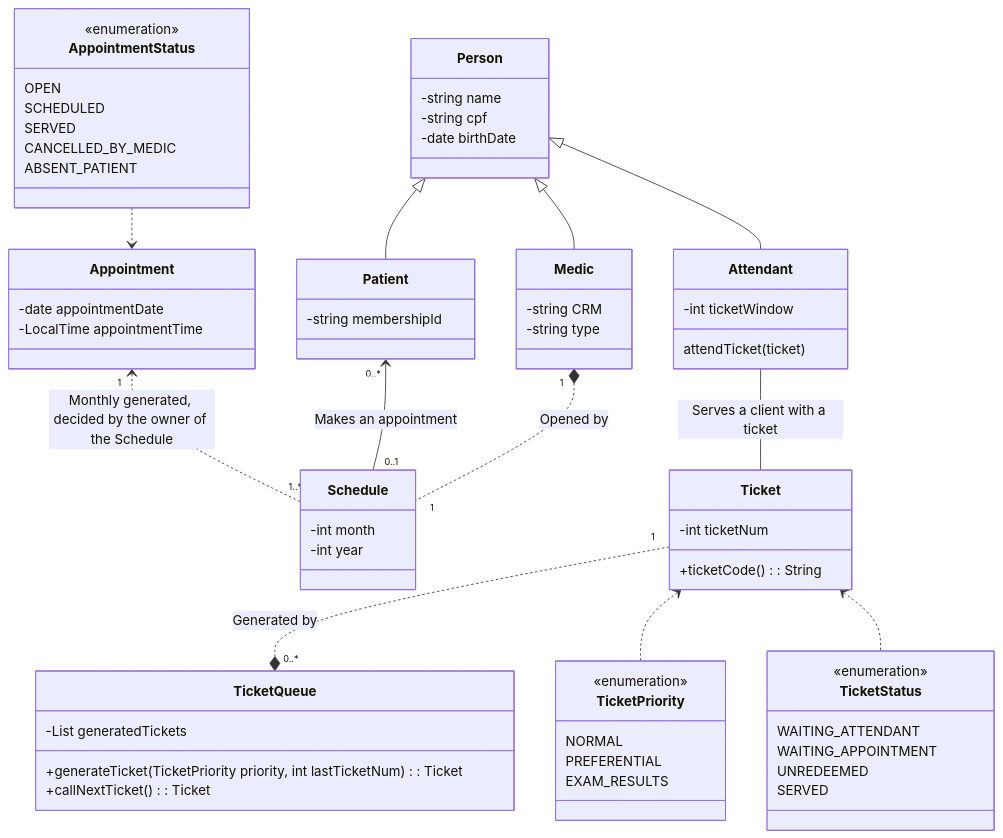
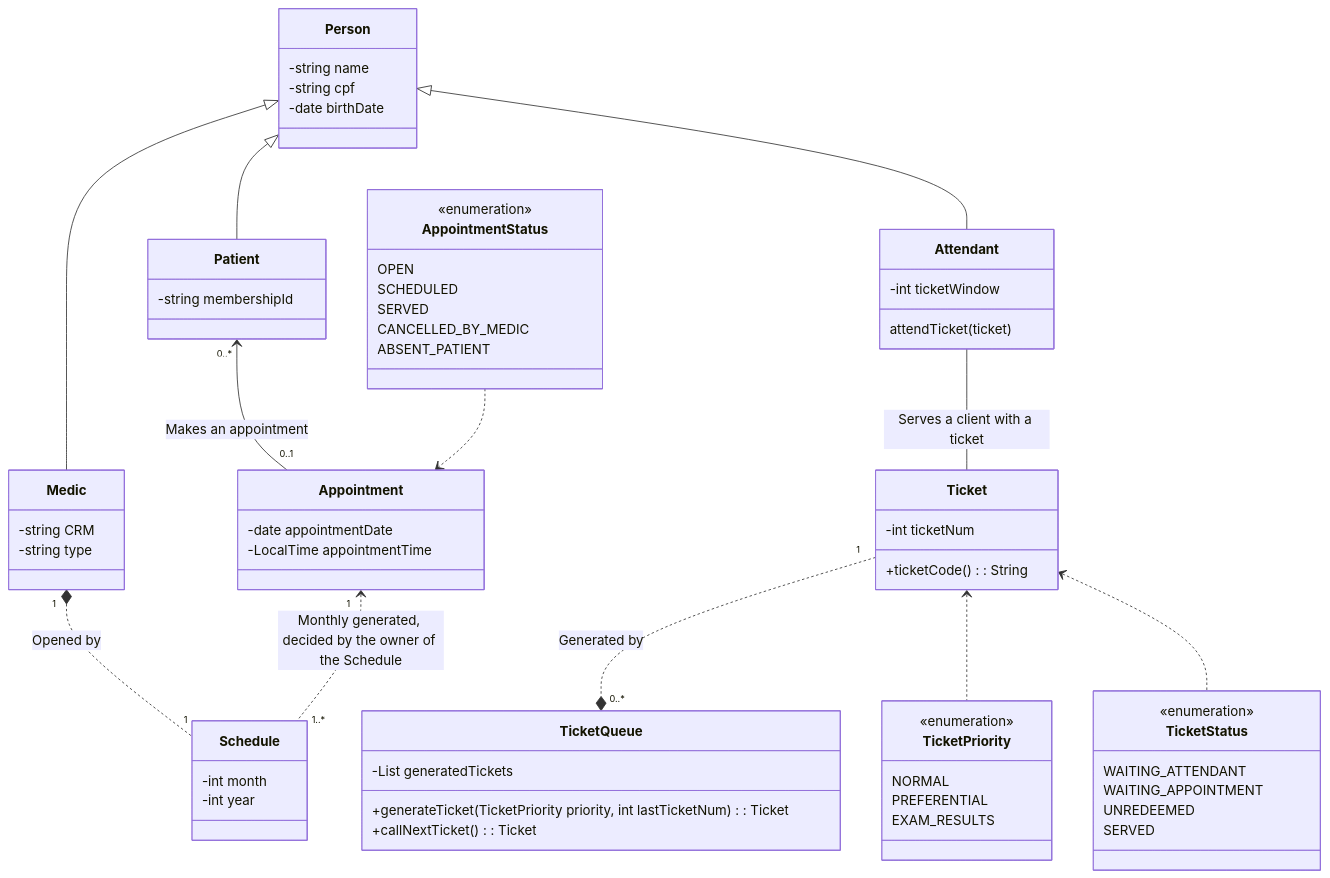
One commit to jovi-j/OpenClinic changed the first of 2 diagrams in docs/RFC 001.md. Above: the diagram before and after it, drawn with Mermaid. The commit also changed other lines of this file, not shown here.

Commit message:
docs: correct relationship between Patient and Appointment

```diff
--- a/docs/RFC 001.md
+++ b/docs/RFC 001.md
@@ -94,7 +94,7 @@
 Ticket <.. TicketPriority
 Ticket <.. TicketStatus
 
-Patient "0..*" <-- "0..1" Schedule: Makes an appointment
+Patient "0..*" <-- "0..1" Appointment: Makes an appointment
 Attendant -- Ticket: Serves a client with a ticket
 
 Appointment "1" <.. "1..*" Schedule: Monthly generated, decided by the owner of the Schedule
```
